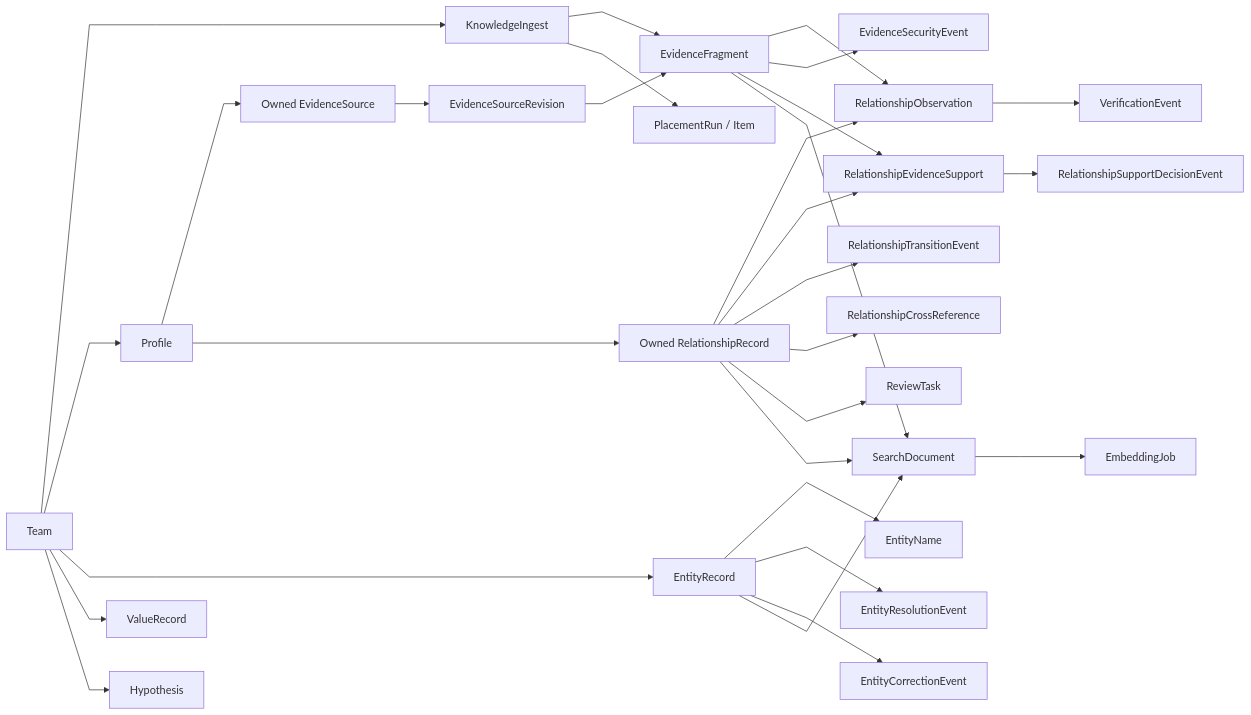
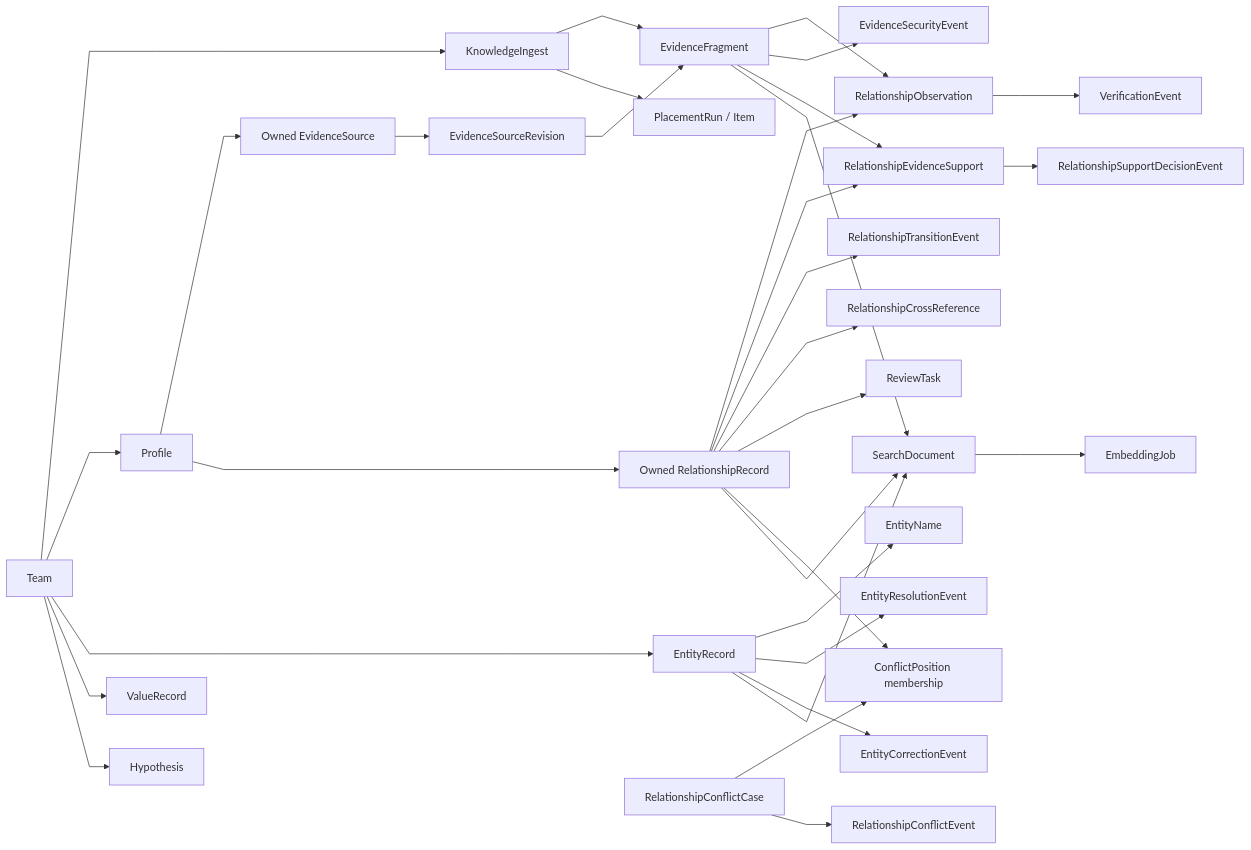
One commit to markhuangai/dense-mem changed the third of 10 diagrams in Data-Model-And-Storage.md. Above: the diagram before and after it, drawn with Mermaid. The commit also changed other lines of this file and 22 other files, not shown here.

````diff
--- a/Data-Model-And-Storage.md
+++ b/Data-Model-And-Storage.md
@@ -64,35 +64,38 @@
 ```mermaid
 %%{init: {"flowchart": {"curve": "linear"}}}%%
 flowchart LR
   Team["Team"] --> Ingest["KnowledgeIngest"]
   Team --> Profile["Profile"]
   Profile --> Source["Owned EvidenceSource"]
   Source --> Revision["EvidenceSourceRevision"]
   Team --> Entity["EntityRecord"]
   Team --> Value["ValueRecord"]
   Profile --> Relationship["Owned RelationshipRecord"]
   Team --> Hypothesis["Hypothesis"]
 
   Ingest --> Fragment["EvidenceFragment"]
   Revision --> Fragment
   Ingest --> Placement["PlacementRun / Item"]
   Entity --> Name["EntityName"]
   Entity --> Resolution["EntityResolutionEvent"]
   Entity --> Correction["EntityCorrectionEvent"]
 
   Fragment --> Observation["RelationshipObservation"]
   Fragment --> Security["EvidenceSecurityEvent"]
   Observation --> Verification["VerificationEvent"]
   Relationship --> Observation
   Relationship --> Support["RelationshipEvidenceSupport"]
   Fragment --> Support
   Support --> SupportDecision["RelationshipSupportDecisionEvent"]
   Relationship --> Transition["RelationshipTransitionEvent"]
   Relationship --> Cross["RelationshipCrossReference"]
   Relationship --> Review["ReviewTask"]
+  Relationship --> Position["ConflictPosition membership"]
+  Conflict["RelationshipConflictCase"] --> Position
+  Conflict --> ConflictEvent["RelationshipConflictEvent"]
 
   Entity --> Search["SearchDocument"]
   Relationship --> Search
   Fragment --> Search
   Search --> Job["EmbeddingJob"]
 ```
````
